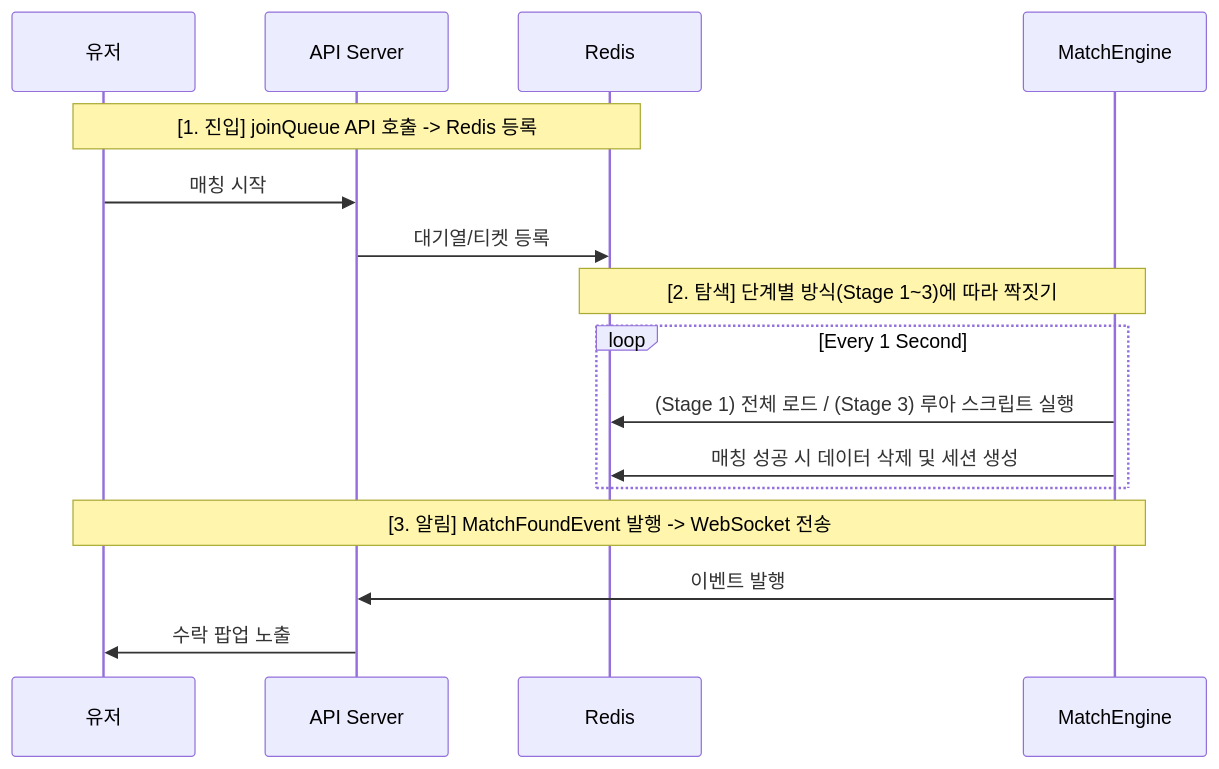
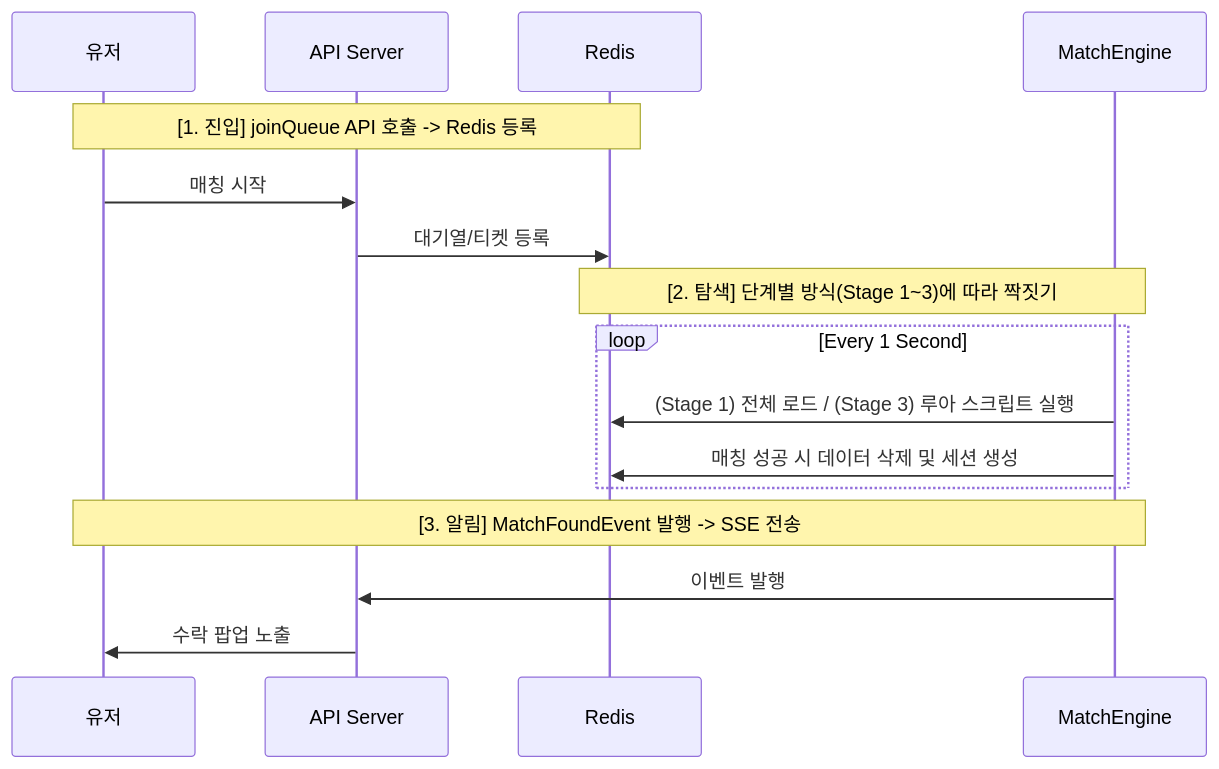
Before and after one commit to moonwhistle/League-of-Star: the first of 2 diagrams in docs/project/matching.md, drawn with Mermaid. The commit also changed other lines of this file and 161 other files, not shown here.

````diff
--- a/docs/project/matching.md
+++ b/docs/project/matching.md
@@ -57,21 +57,21 @@
 ```mermaid
 sequenceDiagram
     participant User as 유저
     participant API as API Server
     participant Redis as Redis
     participant Engine as MatchEngine
 
     Note over User, Redis: [1. 진입] joinQueue API 호출 -> Redis 등록
     User->>API: 매칭 시작
     API->>Redis: 대기열/티켓 등록
 
     Note over Redis, Engine: [2. 탐색] 단계별 방식(Stage 1~3)에 따라 짝짓기
     loop Every 1 Second
         Engine->>Redis: (Stage 1) 전체 로드 / (Stage 3) 루아 스크립트 실행
         Engine->>Redis: 매칭 성공 시 데이터 삭제 및 세션 생성
     end
 
-    Note over User, Engine: [3. 알림] MatchFoundEvent 발행 -> WebSocket 전송
+    Note over User, Engine: [3. 알림] MatchFoundEvent 발행 -> SSE 전송
     Engine->>API: 이벤트 발행
     API->>User: 수락 팝업 노출
 ```
````
